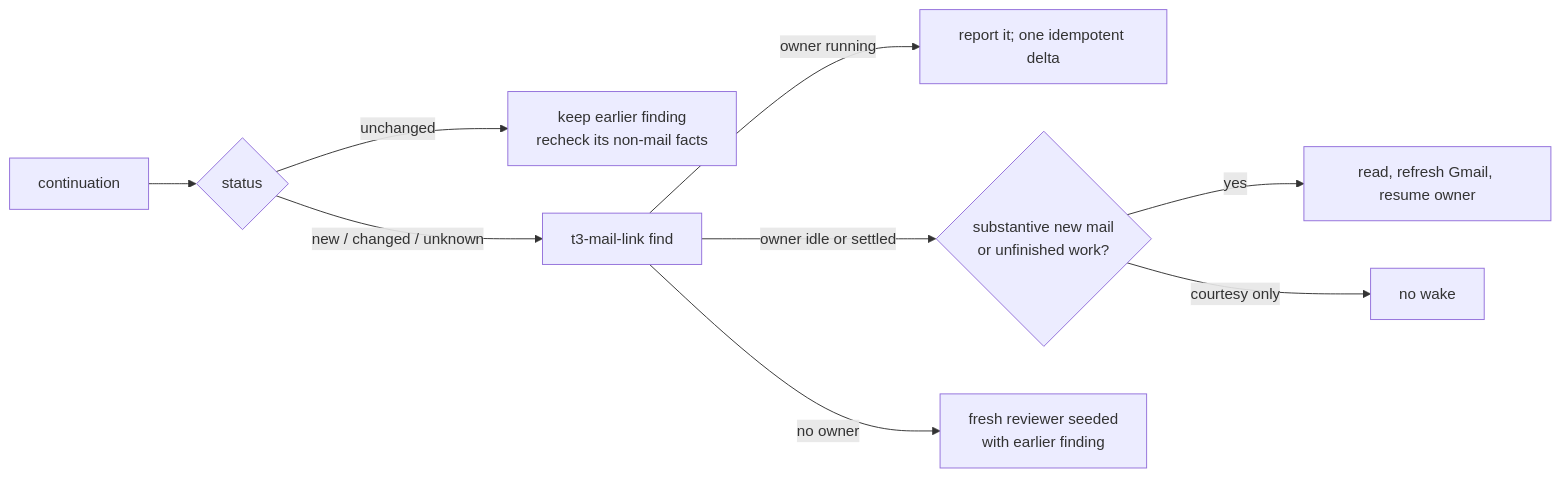
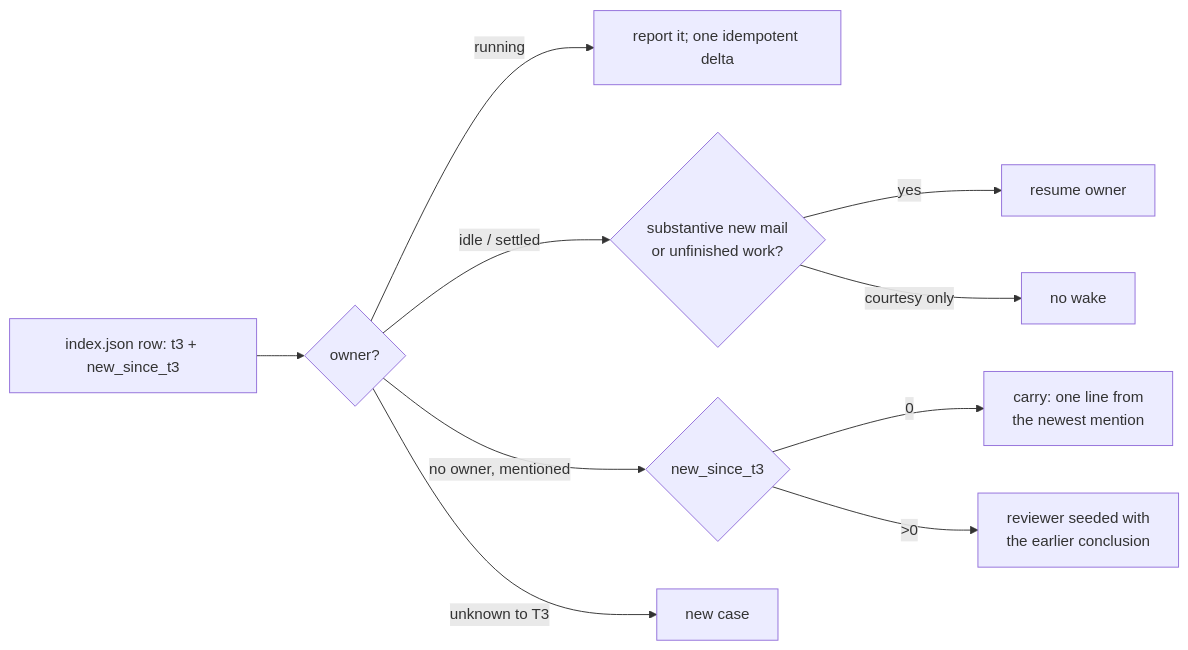
One commit to pjmuller/skills changed the diagram in skills/mailbox-review-core/references/continuity.md. Above: the diagram before and after it, drawn with Mermaid. The commit also changed other lines of this file and 11 other files, not shown here.

````diff
--- a/skills/mailbox-review-core/references/continuity.md
+++ b/skills/mailbox-review-core/references/continuity.md
@@ -7,11 +7,12 @@
 ```mermaid
 flowchart LR
-  K[continuation] --> S{status}
-  S -->|unchanged| U[keep earlier finding<br/>recheck its non-mail facts]
-  S -->|new / changed / unknown| F[t3-mail-link find]
-  F -->|owner running| W[report it; one idempotent delta]
-  F -->|owner idle or settled| O{substantive new mail<br/>or unfinished work?}
-  O -->|yes| R[read, refresh Gmail, resume owner]
-  O -->|courtesy only| N[no wake]
-  F -->|no owner| C[fresh reviewer seeded<br/>with earlier finding]
+  I[index.json row: t3 + new_since_t3] --> O{owner?}
+  O -->|running| W[report it; one idempotent delta]
+  O -->|idle / settled| S{substantive new mail<br/>or unfinished work?}
+  S -->|yes| R[resume owner]
+  S -->|courtesy only| N[no wake]
+  O -->|no owner, mentioned| M{new_since_t3}
+  M -->|0| K[carry: one line from<br/>the newest mention]
+  M -->|>0| D[reviewer seeded with<br/>the earlier conclusion]
+  O -->|unknown to T3| F[new case]
 ```
````
